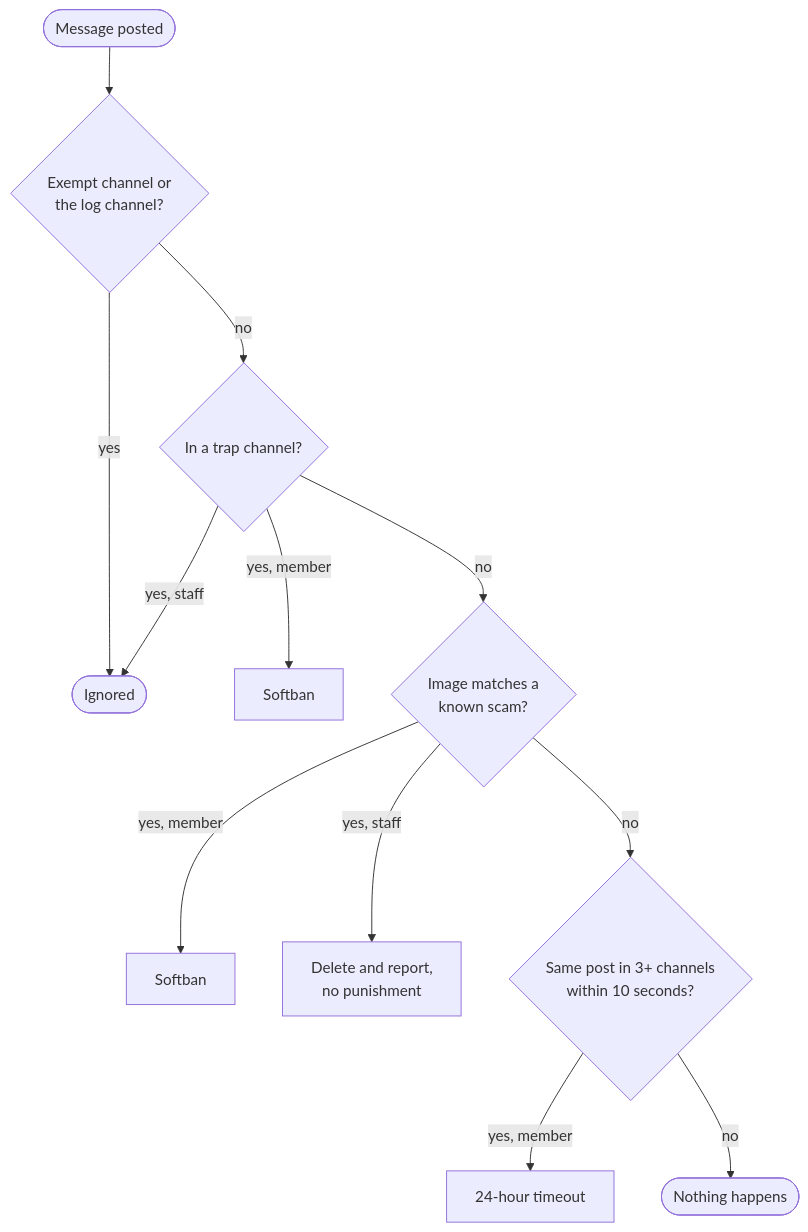
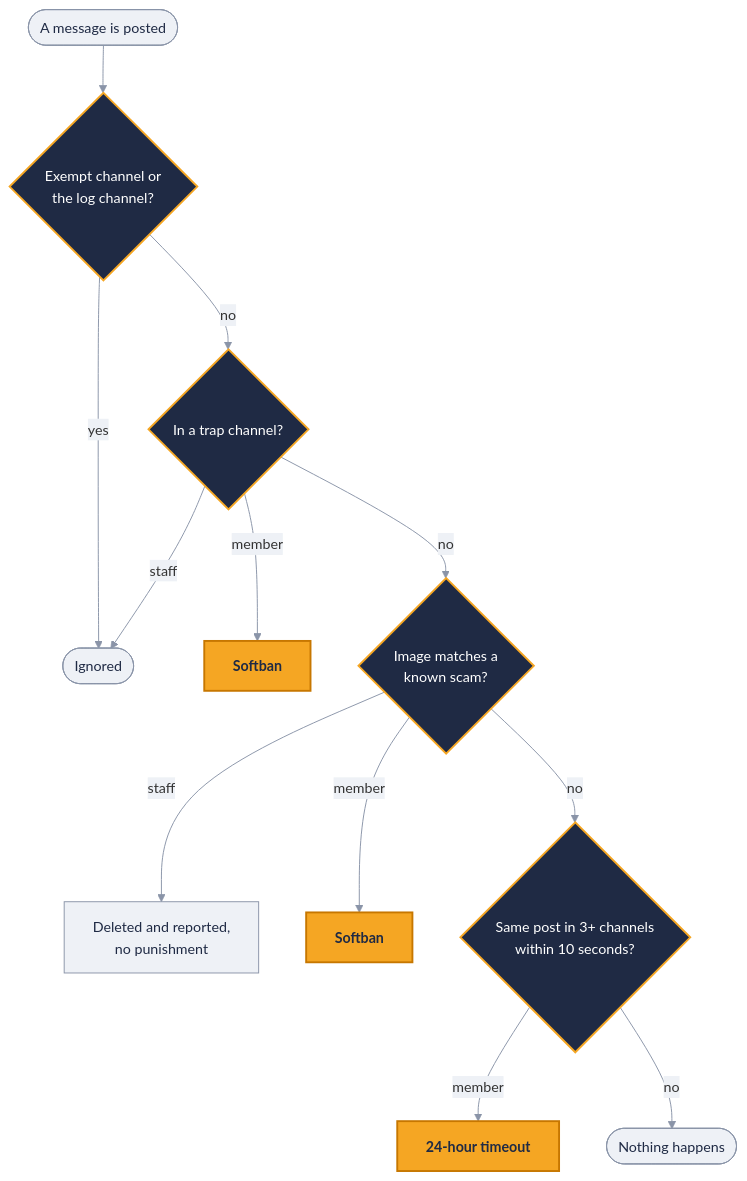
The diagram in README.md (hifihedgehog/ScamGuard), drawn with Mermaid before and after one commit. The commit also changed other lines of this file, not shown here.

Commit message:
README: restyle the flowchart in ScamGuard's colors, pin the badge to main

````diff
--- a/README.md
+++ b/README.md
@@ -35,14 +35,22 @@
 ```mermaid
+%%{init: {"theme": "base", "themeVariables": {"fontSize": "15px", "lineColor": "#8a94a8", "textColor": "#1f2a44", "edgeLabelBackground": "#eef1f6"}}}%%
 flowchart TD
-    M([Message posted]) --> X{Exempt channel or<br/>the log channel?}
+    M([A message is posted]) --> X{Exempt channel or<br/>the log channel?}
     X -- yes --> I0([Ignored])
     X -- no --> T{In a trap channel?}
-    T -- "yes, member" --> A1[Softban]
-    T -- "yes, staff" --> I0
+    T -- staff --> I0
+    T -- member --> A1[Softban]
     T -- no --> K{Image matches a<br/>known scam?}
-    K -- "yes, member" --> A2[Softban]
-    K -- "yes, staff" --> D[Delete and report,<br/>no punishment]
+    K -- staff --> D[Deleted and reported,<br/>no punishment]
+    K -- member --> A2[Softban]
     K -- no --> B{Same post in 3+ channels<br/>within 10 seconds?}
-    B -- "yes, member" --> A3[24-hour timeout]
+    B -- member --> A3[24-hour timeout]
     B -- no --> N([Nothing happens])
+
+    classDef ask fill:#1f2a44,stroke:#f5a623,stroke-width:2px,color:#ffffff
+    classDef act fill:#f5a623,stroke:#c77700,stroke-width:2px,color:#1f2a44,font-weight:bold
+    classDef calm fill:#eef1f6,stroke:#8a94a8,color:#1f2a44
+    class X,T,K,B ask
+    class A1,A2,A3 act
+    class M,I0,N,D calm
 ```
````
